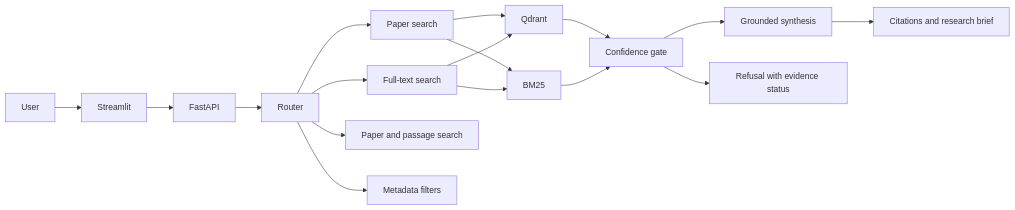
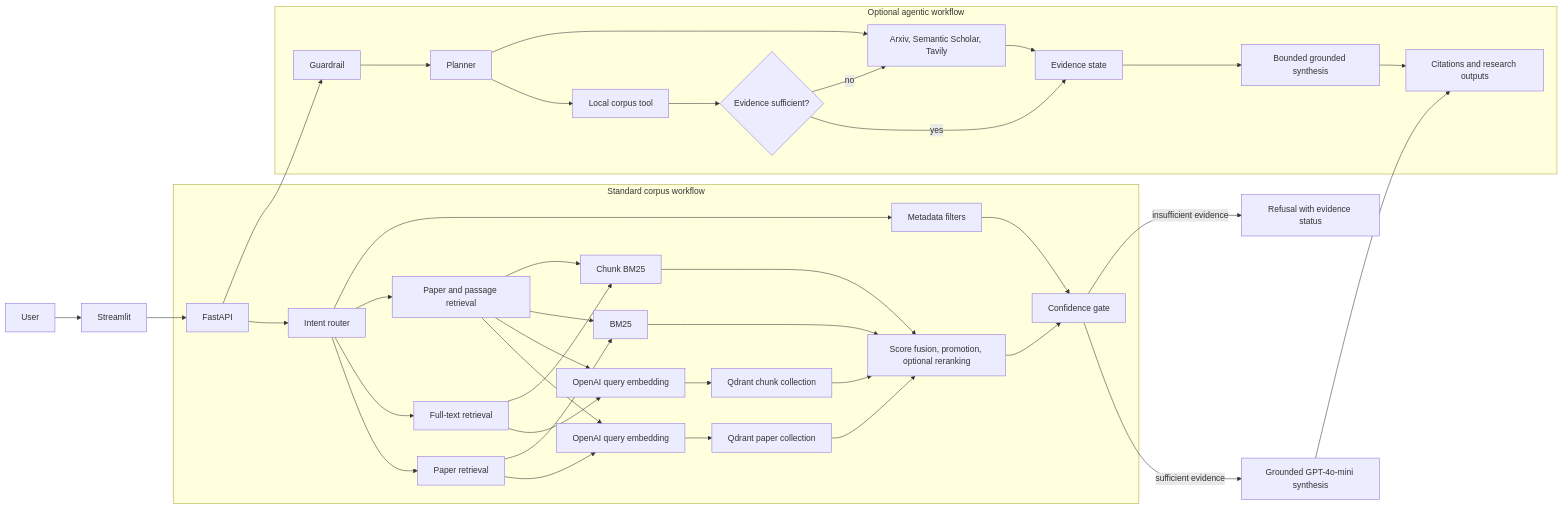
One commit to rishitha-gogineni/research-synthesis-engine changed the diagram in README.md. Above: the diagram before and after it, drawn with Mermaid.

Commit message:
Align README architecture diagram with implementation

```diff
--- a/README.md
+++ b/README.md
@@ -58,19 +58,46 @@
 ~~~mermaid
 flowchart LR
     User --> Streamlit
     Streamlit --> FastAPI
-    FastAPI --> Router
-    Router --> PaperSearch[Paper search]
-    Router --> ChunkSearch[Full-text search]
-    Router --> HybridSearch[Paper and passage search]
-    Router --> Metadata[Metadata filters]
-    PaperSearch --> Qdrant
-    ChunkSearch --> Qdrant
-    PaperSearch --> BM25
-    ChunkSearch --> BM25
-    Qdrant --> Confidence[Confidence gate]
-    BM25 --> Confidence
-    Confidence --> Synthesis[Grounded synthesis]
-    Confidence --> Refusal[Refusal with evidence status]
-    Synthesis --> Citations[Citations and research brief]
+
+    subgraph CorpusFlow[Standard corpus workflow]
+        FastAPI --> Router[Intent router]
+        Router --> PaperRoute[Paper retrieval]
+        Router --> ChunkRoute[Full-text retrieval]
+        Router --> HybridRoute[Paper and passage retrieval]
+        Router --> MetadataRoute[Metadata filters]
+        PaperRoute --> DenseP[OpenAI query embedding]
+        DenseP --> QdrantP[Qdrant paper collection]
+        ChunkRoute --> DenseC[OpenAI query embedding]
+        DenseC --> QdrantC[Qdrant chunk collection]
+        HybridRoute --> DenseP
+        HybridRoute --> DenseC
+        PaperRoute --> SparseP[BM25]
+        ChunkRoute --> SparseC[Chunk BM25]
+        HybridRoute --> SparseP
+        HybridRoute --> SparseC
+        QdrantP --> Fusion[Score fusion, promotion, optional reranking]
+        QdrantC --> Fusion
+        SparseP --> Fusion
+        SparseC --> Fusion
+        MetadataRoute --> Confidence[Confidence gate]
+        Fusion --> Confidence
+    end
+
+    Confidence -->|sufficient evidence| Synthesis[Grounded GPT-4o-mini synthesis]
+    Confidence -->|insufficient evidence| Refusal[Refusal with evidence status]
+    Synthesis --> Outputs[Citations and research outputs]
+
+    subgraph AgenticFlow[Optional agentic workflow]
+        FastAPI --> Guardrail[Guardrail]
+        Guardrail --> Planner[Planner]
+        Planner --> LocalTool[Local corpus tool]
+        Planner --> ExternalTools[Arxiv, Semantic Scholar, Tavily]
+        LocalTool --> AgentDecision{Evidence sufficient?}
+        AgentDecision -->|yes| AgentEvidence[Evidence state]
+        AgentDecision -->|no| ExternalTools
+        ExternalTools --> AgentEvidence
+        AgentEvidence --> BoundedSynthesis[Bounded grounded synthesis]
+        BoundedSynthesis --> Outputs
+    end
 ~~~
```
